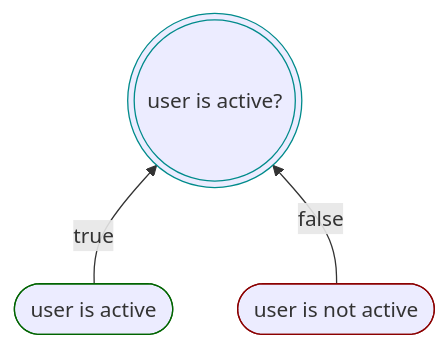
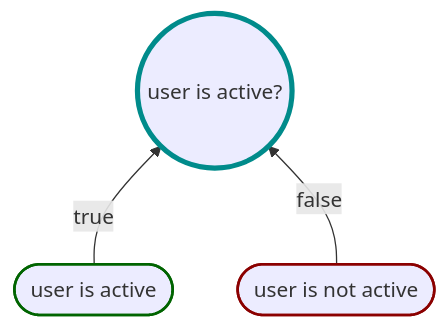
One commit to karlssberg/Motiv changed the diagram in tutorial/ExplanationProposition.md. Above: the diagram before and after it, drawn with Mermaid. The commit also changed 8 other files, not shown here.

Commit message:
restyled diagrams corrected typos

````diff
--- a/tutorial/ExplanationProposition.md
+++ b/tutorial/ExplanationProposition.md
@@ -11,9 +11,9 @@
 ```mermaid
 flowchart BT
-    True([user is active]) -->|true| P(((user is active?)))
+    True([user is active]) -->|true| P((user is active?))
     False([user is not active]) -->|false| P
 
-    style P stroke:darkcyan
-    style True stroke:darkgreen
-    style False stroke:darkred
+    style P stroke:darkcyan,stroke-width:4px
+    style True stroke:darkgreen,stroke-width:2px
+    style False stroke:darkred,stroke-width:2px
 ```
````
